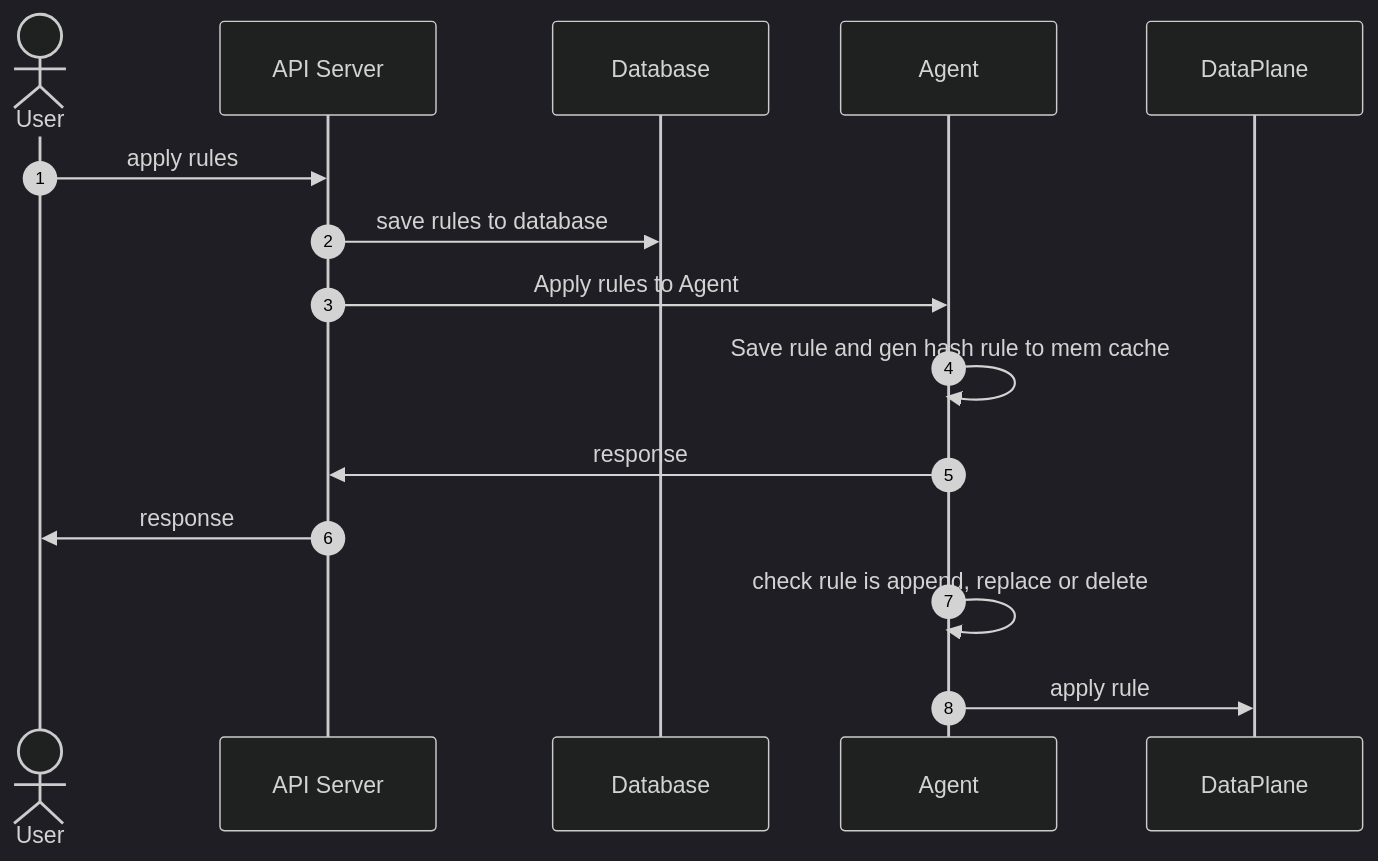
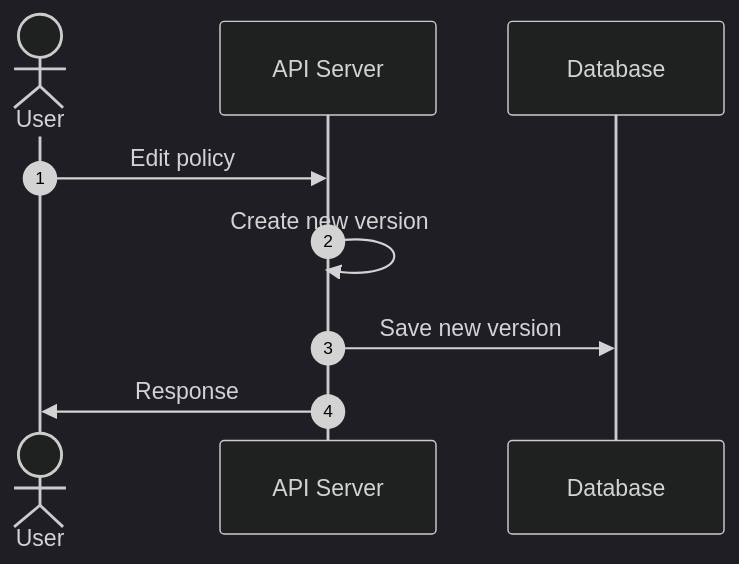
One commit to bamboo-firewall/docs changed the second of 5 diagrams in case-studies/policy/usecase.md. Above: the diagram before and after it, drawn with Mermaid (dark theme). The commit also changed other lines of this file, not shown here.

Commit message:
INFP-1366-components-and-flow

````diff
--- a/case-studies/policy/usecase.md
+++ b/case-studies/policy/usecase.md
@@ -56,17 +35,11 @@
 ```mermaid
 sequenceDiagram
     autonumber
     actor U as User
     participant APIS as API Server
     participant DB as Database
-    participant Agent as Agent
-    participant DP as DataPlane
-    U ->> APIS: apply rules
-    APIS ->> DB: save rules to database
-    APIS ->> Agent: Apply rules to Agent
-    Agent ->> Agent: Save rule and gen hash rule to mem cache
-    Agent ->> APIS: response
-    APIS ->> U: response
-    Agent ->> Agent: check rule is append, replace or delete
-    Agent ->> DP: apply rule
+    U ->> APIS: Edit policy
+    APIS ->> APIS: Create new version
+    APIS ->> DB: Save new version
+    APIS ->> U: Response
 ```
````
